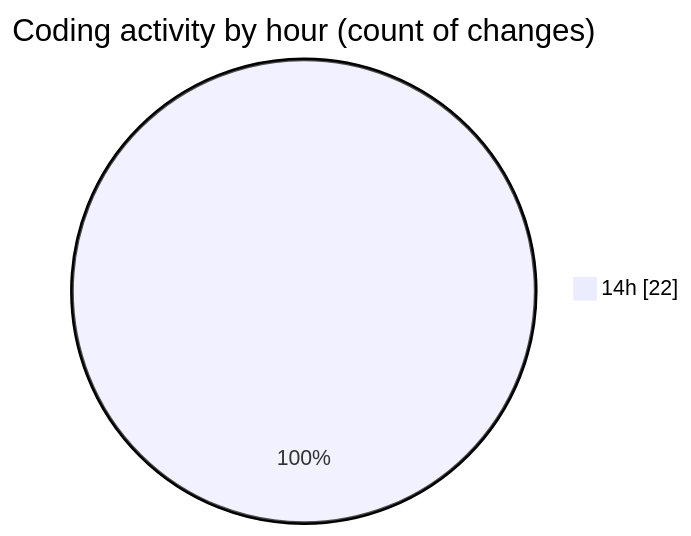
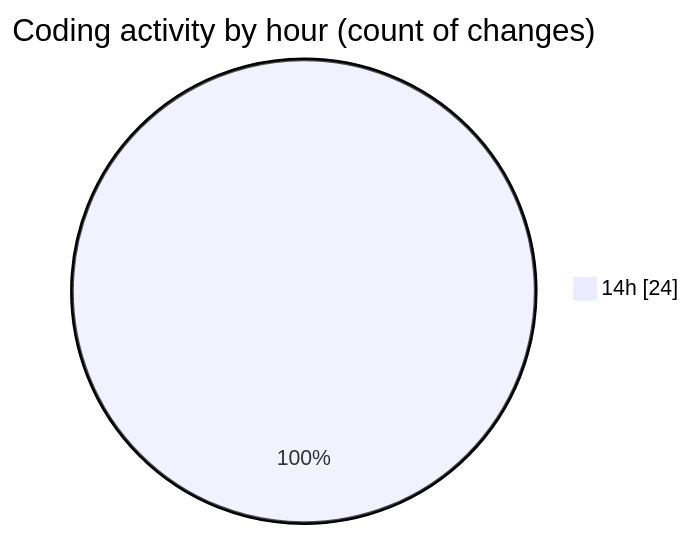
The second of 2 diagrams in 2025-05-03/projects/README.md (Ritupan-Deka/code-tracking), drawn with Mermaid before and after one commit. The commit also changed other lines of this file and 1 other file, not shown here.

````diff
--- a/2025-05-03/projects/README.md
+++ b/2025-05-03/projects/README.md
@@ -41,5 +43,5 @@
 ```mermaid
 pie showData
 title Coding activity by hour (count of changes)
-"14h" : 22
+"14h" : 24
 ```
````
